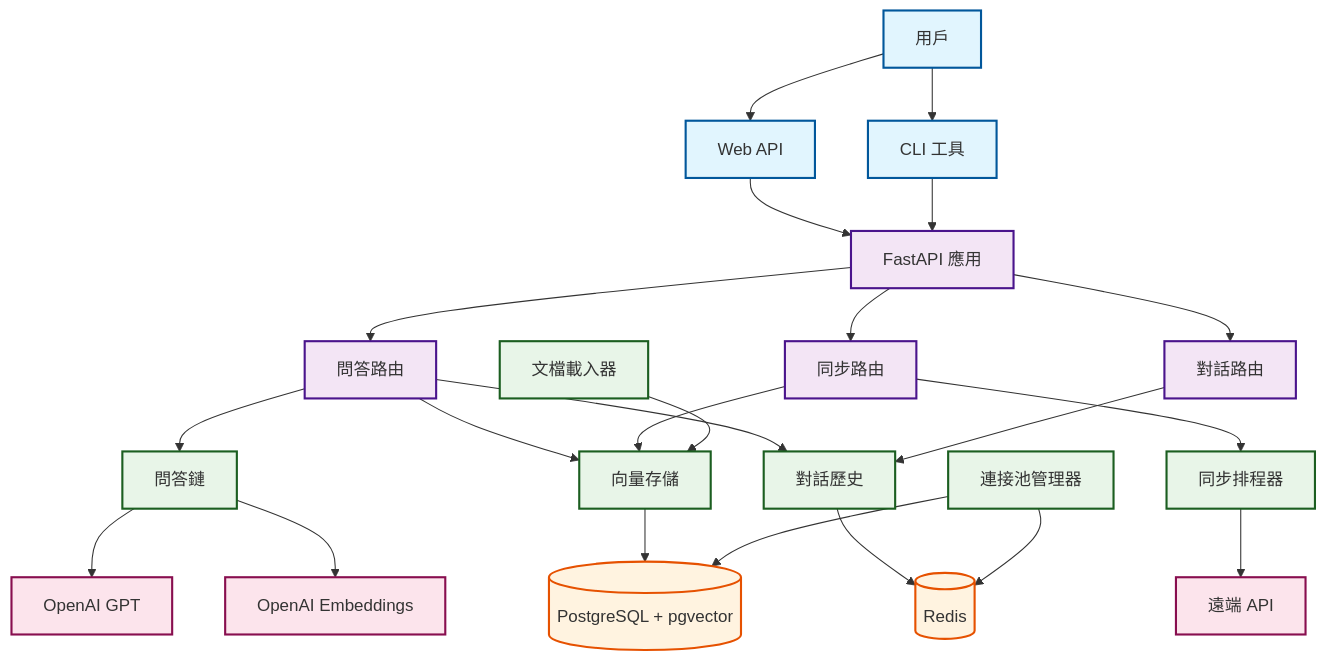
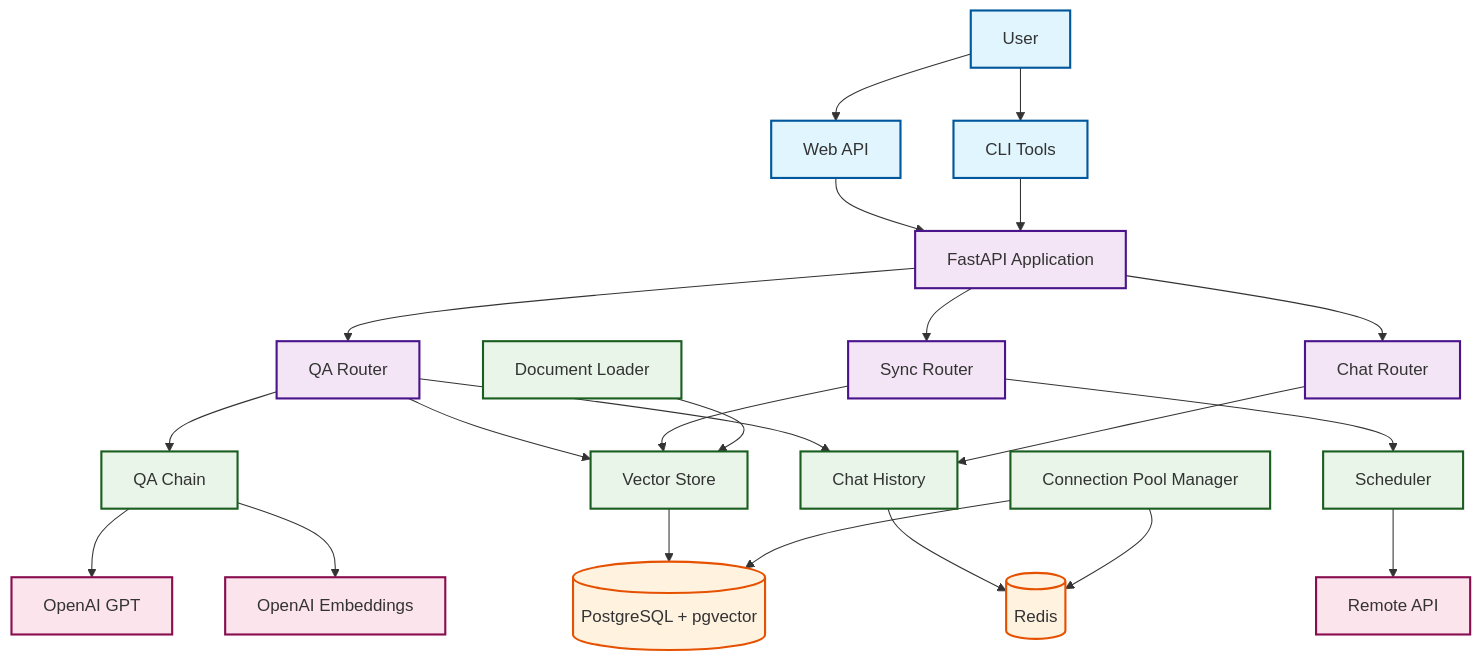
Before and after one commit to Vinskao/maya-sawa: the diagram in README.md, drawn with Mermaid.

Commit message:
info: change in to eng struc graph

````diff
--- a/README.md
+++ b/README.md
@@ -7,54 +7,54 @@
 ```mermaid
 graph TD
-    %% 用戶層
-    User[用戶] --> WebAPI[Web API]
-    User --> CLI[CLI 工具]
+    %% User Layer
+    User[User] --> WebAPI[Web API]
+    User --> CLI[CLI Tools]
     
-    %% API 層
-    WebAPI --> FastAPI[FastAPI 應用]
+    %% API Layer
+    WebAPI --> FastAPI[FastAPI Application]
     CLI --> FastAPI
     
-    %% 核心服務層
-    FastAPI --> QARouter[問答路由]
-    FastAPI --> SyncRouter[同步路由]
-    FastAPI --> ChatRouter[對話路由]
+    %% Core Service Layer
+    FastAPI --> QARouter[QA Router]
+    FastAPI --> SyncRouter[Sync Router]
+    FastAPI --> ChatRouter[Chat Router]
     
-    %% 業務邏輯層
-    QARouter --> QAChain[問答鏈]
-    QARouter --> VectorStore[向量存儲]
-    QARouter --> ChatHistory[對話歷史]
+    %% Business Logic Layer
+    QARouter --> QAChain[QA Chain]
+    QARouter --> VectorStore[Vector Store]
+    QARouter --> ChatHistory[Chat History]
     
-    SyncRouter --> Scheduler[同步排程器]
+    SyncRouter --> Scheduler[Scheduler]
     SyncRouter --> VectorStore
     
     ChatRouter --> ChatHistory
     
-    %% 數據處理層
+    %% Data Processing Layer
     QAChain --> LLM[OpenAI GPT]
     QAChain --> Embeddings[OpenAI Embeddings]
     
     VectorStore --> Postgres[(PostgreSQL + pgvector)]
     ChatHistory --> Redis[(Redis)]
     
-    %% 外部服務
-    Scheduler --> RemoteAPI[遠端 API]
-    Loader[文檔載入器] --> VectorStore
+    %% External Services
+    Scheduler --> RemoteAPI[Remote API]
+    Loader[Document Loader] --> VectorStore
     
-    %% 連接池管理
-    ConnectionPool[連接池管理器] --> Postgres
+    %% Connection Pool Management
+    ConnectionPool[Connection Pool Manager] --> Postgres
     ConnectionPool --> Redis
     
-    %% 樣式定義
+    %% Style Definitions
     classDef userLayer fill:#e1f5fe,stroke:#01579b,stroke-width:2px
     classDef apiLayer fill:#f3e5f5,stroke:#4a148c,stroke-width:2px
     classDef serviceLayer fill:#e8f5e8,stroke:#1b5e20,stroke-width:2px
     classDef dataLayer fill:#fff3e0,stroke:#e65100,stroke-width:2px
     classDef externalLayer fill:#fce4ec,stroke:#880e4f,stroke-width:2px
     
-    %% 應用樣式
+    %% Apply Styles
     class User,WebAPI,CLI userLayer
     class FastAPI,QARouter,SyncRouter,ChatRouter apiLayer
     class QAChain,VectorStore,ChatHistory,Scheduler,Loader,ConnectionPool serviceLayer
     class Postgres,Redis dataLayer
     class LLM,Embeddings,RemoteAPI externalLayer
 ```
````
